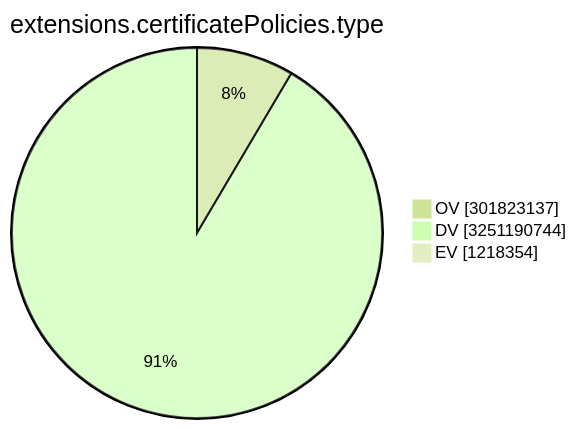
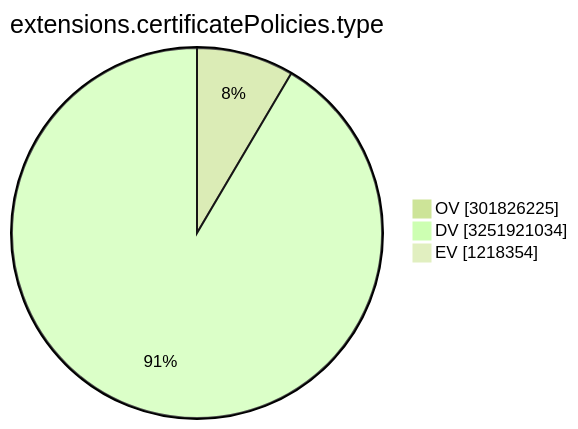
The ninth of 15 diagrams in TOTAL/README.md (christiankrug/ctmonitor_visualization), drawn with Mermaid (forest theme) before and after one commit. The commit also changed other lines of this file, not shown here.

````diff
--- a/TOTAL/README.md
+++ b/TOTAL/README.md
@@ -3107,7 +3107,7 @@
 ```mermaid
 pie showData
 title extensions.certificatePolicies.type
-"OV" :301823137
-"DV" :3251190744
+"OV" :301826225
+"DV" :3251921034
 "EV" :1218354
 ```
````
